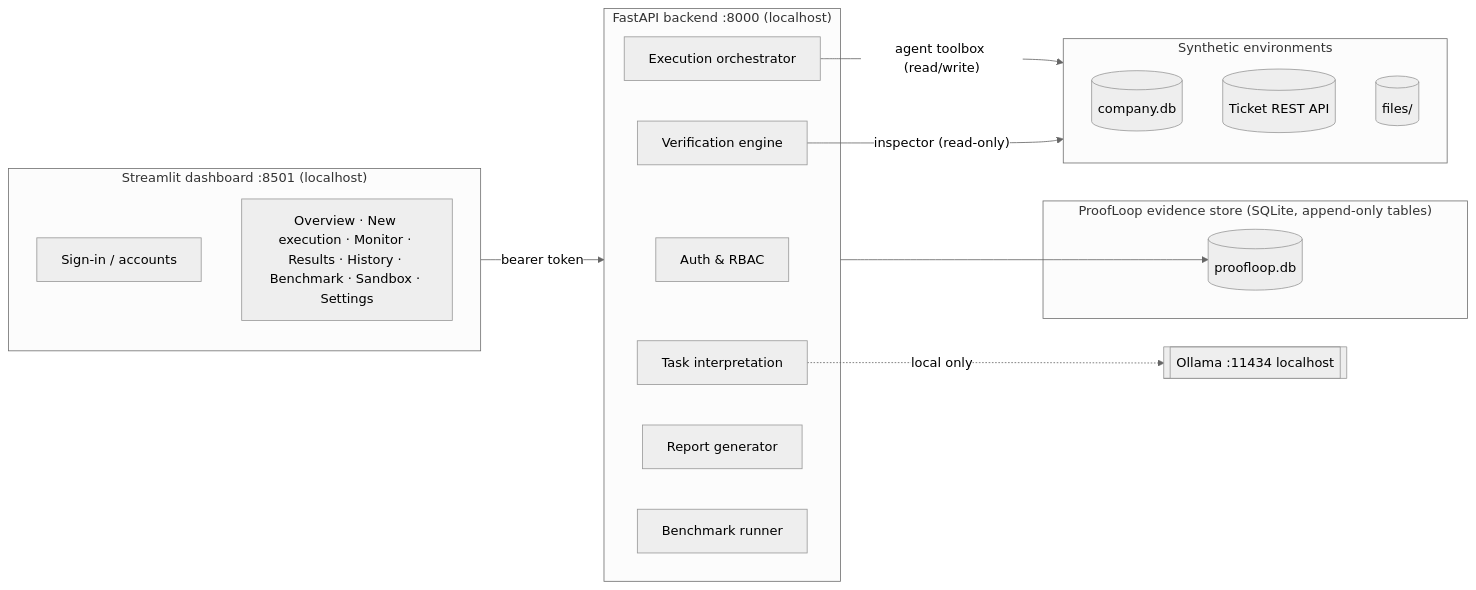
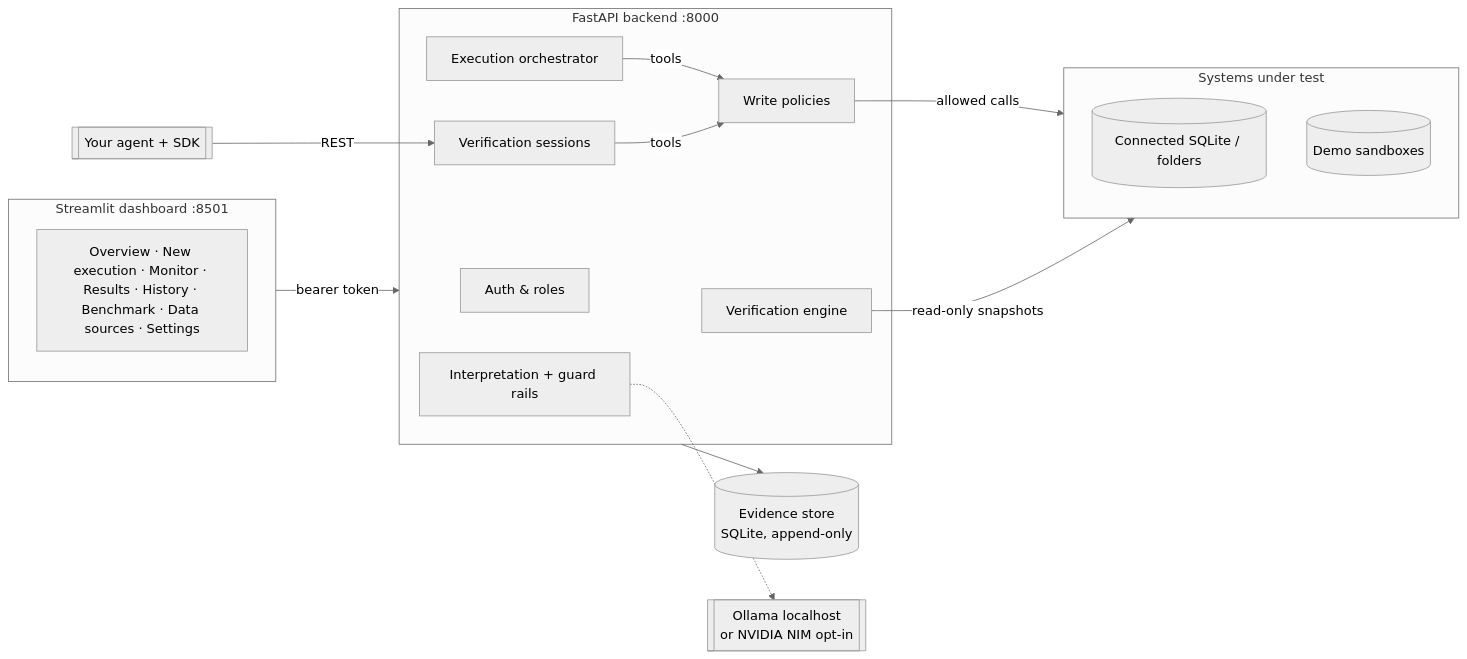
Before and after one commit to saksham27exe/ProofLoop: the diagram in README.md, drawn with Mermaid (neutral theme). The commit also changed other lines of this file and 44 other files, not shown here.

First line of the commit message:
Add external-agent verification, write policies and a GitHub-ready README

````diff
--- a/README.md
+++ b/README.md
@@ -117,29 +261,29 @@
 ```mermaid
 flowchart LR
-    subgraph UI["Streamlit dashboard :8501 (localhost)"]
-      Login[Sign-in / accounts]
-      Pages[Overview · New execution · Monitor · Results · History · Benchmark · Sandbox · Settings]
+    subgraph UI["Streamlit dashboard :8501"]
+      Pages[Overview · New execution · Monitor · Results · History · Benchmark · Data sources · Settings]
     end
-    subgraph API["FastAPI backend :8000 (localhost)"]
-      Auth[Auth & RBAC]
+    Ext[[Your agent + SDK]]
+    subgraph API["FastAPI backend :8000"]
+      Auth[Auth & roles]
       Orch[Execution orchestrator]
-      Interp[Task interpretation]
+      Sess[Verification sessions]
+      Pol[Write policies]
+      Interp[Interpretation + guard rails]
       Engine[Verification engine]
-      Report[Report generator]
-      Bench[Benchmark runner]
     end
-    subgraph Store["ProofLoop evidence store (SQLite, append-only tables)"]
-      DB[(proofloop.db)]
+    Store[(Evidence store<br>SQLite, append-only)]
+    subgraph Targets["Systems under test"]
+      Src[(Connected SQLite / folders)]
+      Sbx[(Demo sandboxes)]
     end
-    subgraph Sandboxes["Synthetic environments"]
-      SQL[(company.db)]
-      Tickets[(Ticket REST API)]
-      Files[(files/)]
-    end
-    Ollama[[Ollama :11434 localhost]]
+    LLM[[Ollama localhost<br>or NVIDIA NIM opt-in]]
     UI -- bearer token --> API
-    Interp -. local only .-> Ollama
-    Orch -- agent toolbox (read/write) --> Sandboxes
-    Engine -- inspector (read-only) --> Sandboxes
-    API --> DB
+    Ext -- REST --> Sess
+    Interp -.-> LLM
+    Orch -- tools --> Pol
+    Sess -- tools --> Pol
+    Pol -- allowed calls --> Targets
+    Engine -- read-only snapshots --> Targets
+    API --> Store
 ```
````
